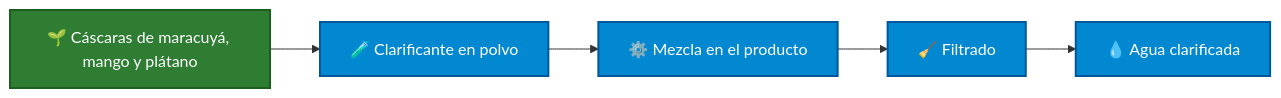
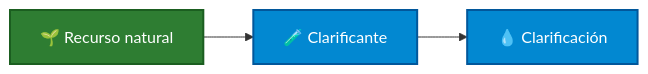
Before and after one commit to BeyondNate/PI_Equipo_05: the first of 5 diagrams in README.md, drawn with Mermaid. The commit also changed other lines of this file, not shown here.

````diff
--- a/README.md
+++ b/README.md
@@ -159,13 +163,11 @@
 ```mermaid
 flowchart LR
-    A["🌱 Cáscaras de maracuyá, mango y plátano"] --> B["🧪 Clarificante en polvo"]
-    B --> C["⚙️ Mezcla en el producto"]
-    C --> D["🧹 Filtrado"]
-    D --> E["💧 Agua clarificada"]
- 
+    A["🌱 Recurso natural"] --> B["🧪 Clarificante"]
+    B --> C["💧 Clarificación"]
+    
     classDef natural fill:#2E7D32,color:#FFFFFF,stroke:#1B5E20,stroke-width:2px;
-    classDef technology fill:#0288D1,color:#FFFFFF,stroke:#01579B,stroke-width:2px;
- 
+    classDef process fill:#0288D1,color:#FFFFFF,stroke:#01579B,stroke-width:2px;
+    
     class A natural;
-    class B,C,D,E technology;
+    class B,C process;
 ```
````
